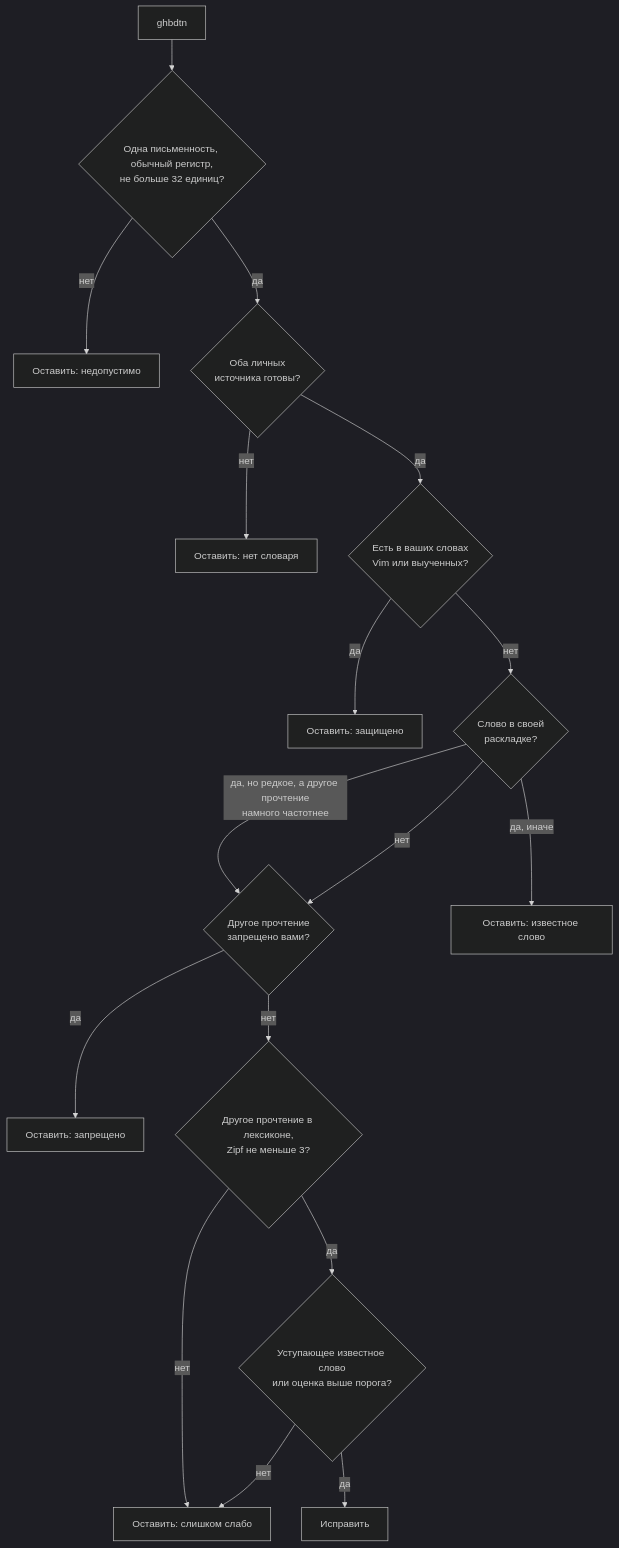
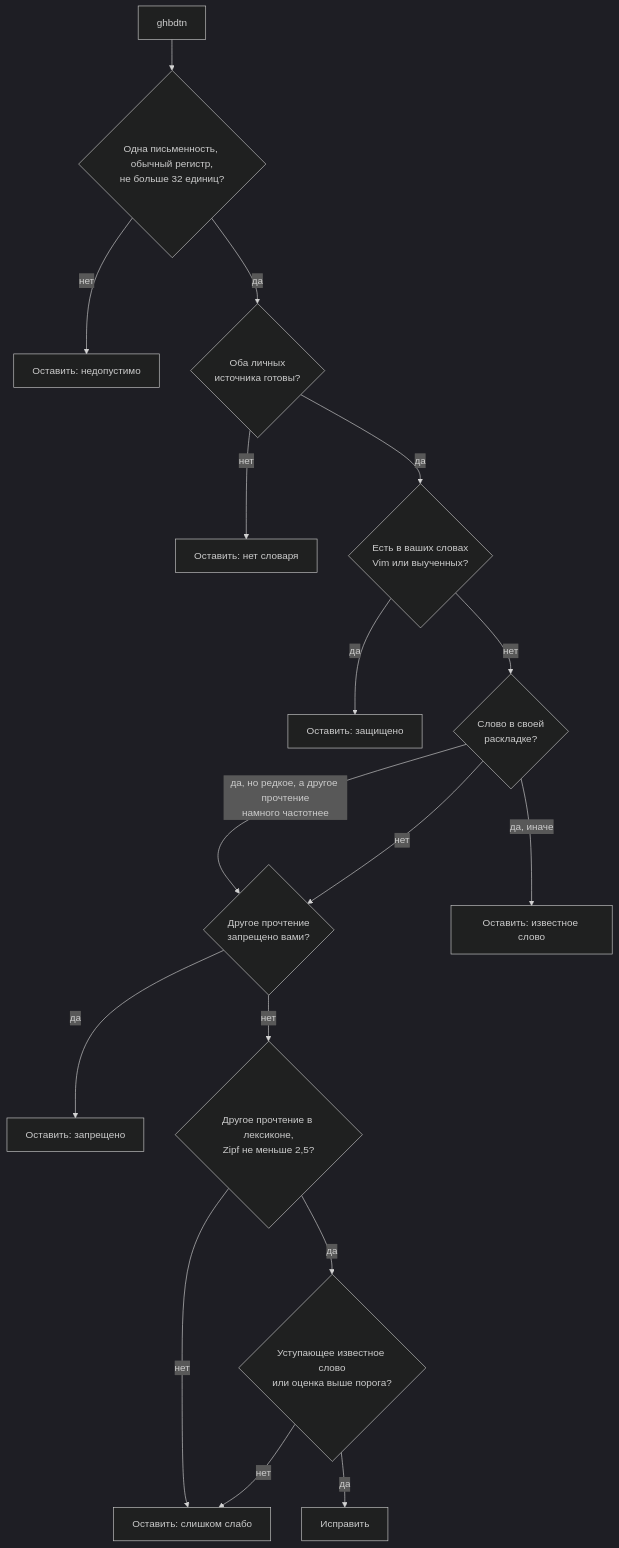
One commit to megabyde/keyrill changed the third of 5 diagrams in docs/how-it-works.ru.md. Above: the diagram before and after it, drawn with Mermaid (dark theme). The commit also changed other lines of this file and 6 other files, not shown here.

````diff
--- a/docs/how-it-works.ru.md
+++ b/docs/how-it-works.ru.md
@@ -127,19 +127,19 @@
 ```mermaid
 flowchart TD
     W["ghbdtn"] --> E{"Одна письменность, обычный регистр,<br/>не больше 32 единиц?"}
     E -->|нет| A1[Оставить: недопустимо]
     E -->|да| D{"Оба личных<br/>источника готовы?"}
     D -->|нет| A6[Оставить: нет словаря]
     D -->|да| P{"Есть в ваших словах<br/>Vim или выученных?"}
     P -->|да| A2[Оставить: защищено]
     P -->|нет| K{"Слово в своей<br/>раскладке?"}
     K -->|"да, но редкое, а другое прочтение<br/>намного частотнее"| F
     K -->|"да, иначе"| A3[Оставить: известное слово]
     K -->|нет| F{"Другое прочтение<br/>запрещено вами?"}
     F -->|да| A4[Оставить: запрещено]
-    F -->|нет| Z{"Другое прочтение в лексиконе,<br/>Zipf не меньше 3?"}
+    F -->|нет| Z{"Другое прочтение в лексиконе,<br/>Zipf не меньше 2,5?"}
     Z -->|нет| A5[Оставить: слишком слабо]
     Z -->|да| S{"Уступающее известное слово<br/>или оценка выше порога?"}
     S -->|нет| A5
     S -->|да| C[Исправить]
 ```
````
